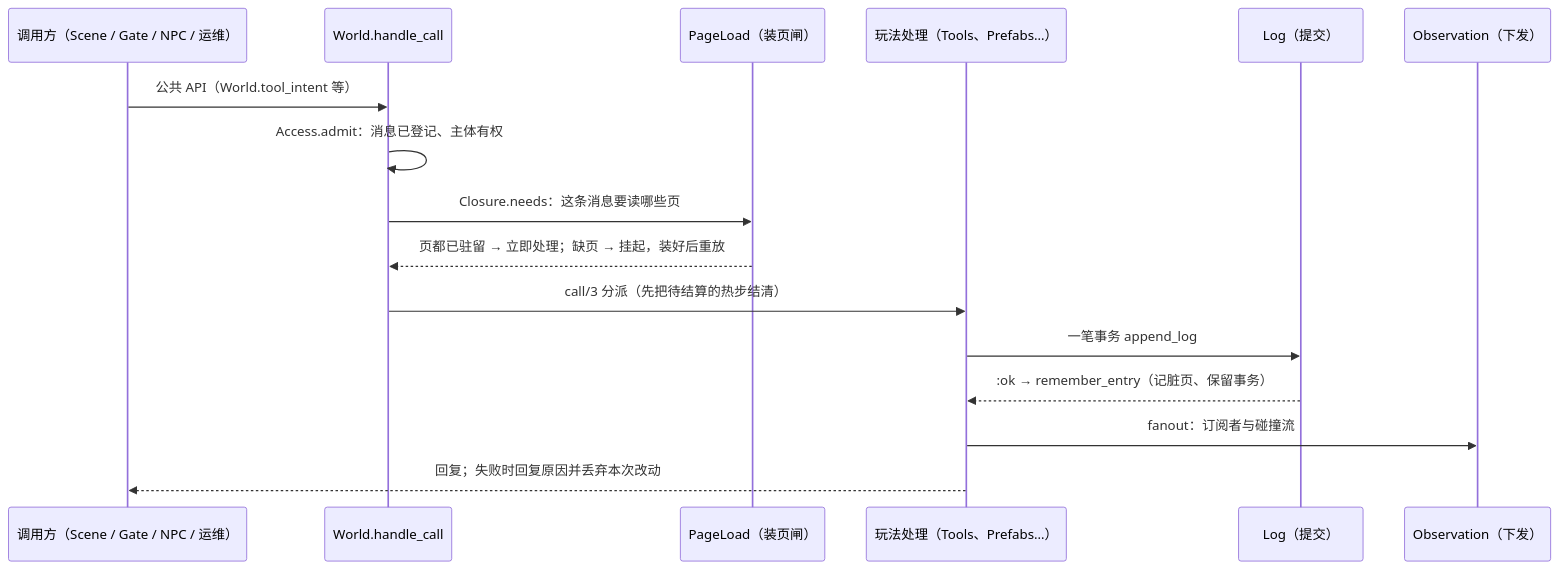
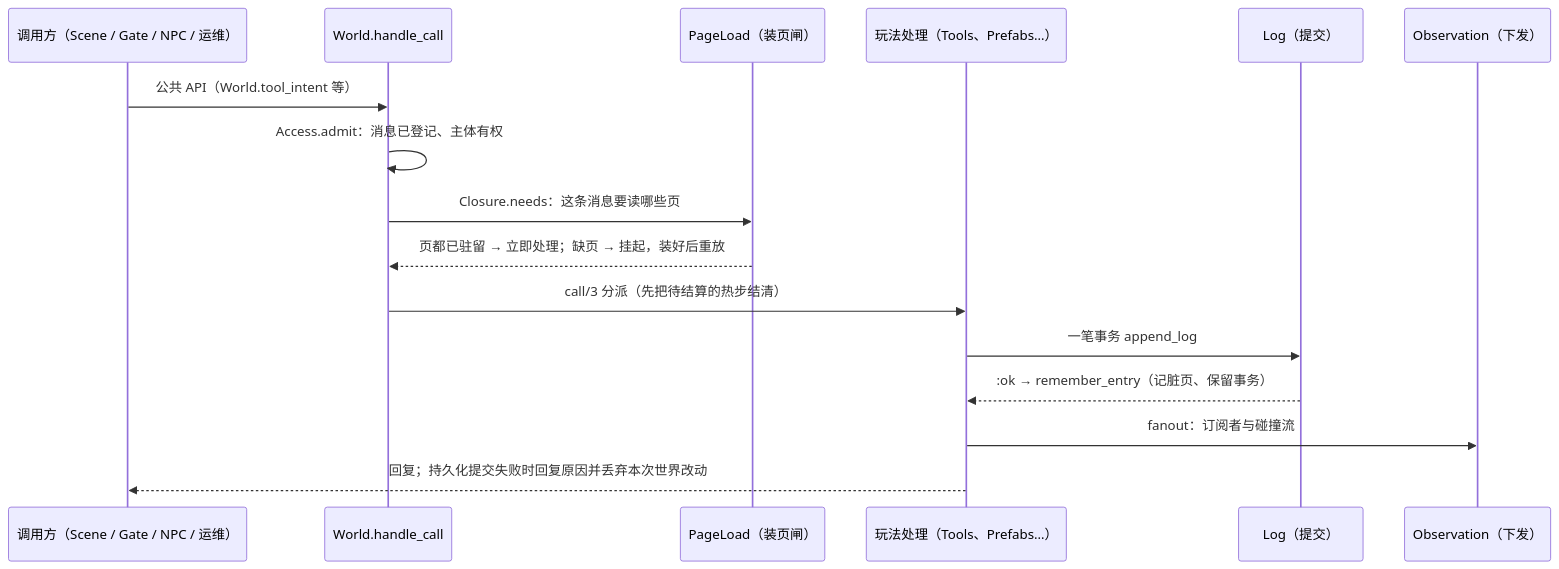
One commit to dyzdyz010/ex_mmo_cluster changed the diagram in apps/voxel_region/lib/voxel_region/world/README.md. Above: the diagram before and after it, drawn with Mermaid. The commit also changed other lines of this file and 20 other files, not shown here.

````diff
--- a/apps/voxel_region/lib/voxel_region/world/README.md
+++ b/apps/voxel_region/lib/voxel_region/world/README.md
@@ -9,18 +9,18 @@
 ```mermaid
 sequenceDiagram
   participant C as 调用方（Scene / Gate / NPC / 运维）
   participant W as World.handle_call
   participant P as PageLoad（装页闸）
   participant H as 玩法处理（Tools、Prefabs…）
   participant L as Log（提交）
   participant O as Observation（下发）
   C->>W: 公共 API（World.tool_intent 等）
   W->>W: Access.admit：消息已登记、主体有权
   W->>P: Closure.needs：这条消息要读哪些页
   P-->>W: 页都已驻留 → 立即处理；缺页 → 挂起，装好后重放
   W->>H: call/3 分派（先把待结算的热步结清）
   H->>L: 一笔事务 append_log
   L-->>H: :ok → remember_entry（记脏页、保留事务）
   H->>O: fanout：订阅者与碰撞流
-  H-->>C: 回复；失败时回复原因并丢弃本次改动
+  H-->>C: 回复；持久化提交失败时回复原因并丢弃本次世界改动
 ```
````
